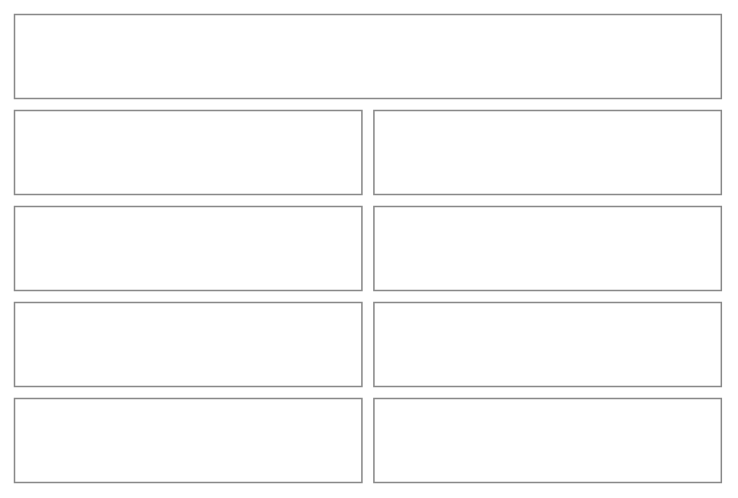
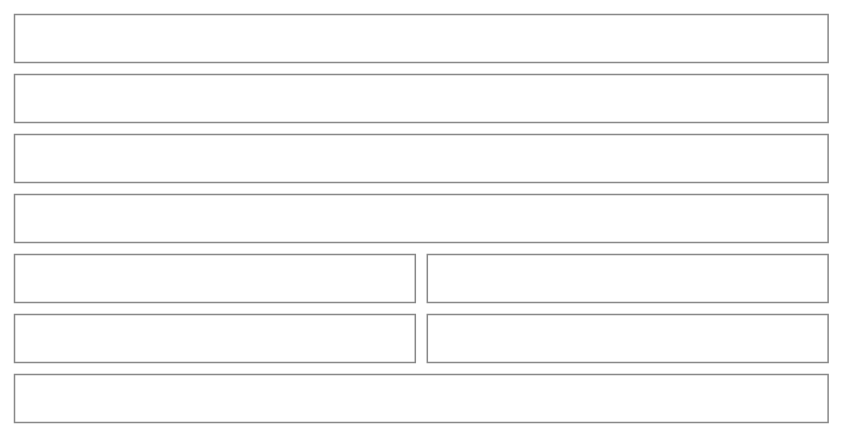
The sixth of 54 diagrams in src/apps/pinch/UX.md (NovaMoonX/moondreams-dev-apps), drawn with Mermaid before and after one commit. The commit also changed other lines of this file and 163 other files, not shown here.

````diff
--- a/src/apps/pinch/UX.md
+++ b/src/apps/pinch/UX.md
@@ -264,23 +261,23 @@
 ```mermaid
 %%{init: {'theme': 'base', 'themeVariables': {'primaryColor': 'transparent', 'primaryBorderColor': '#888888', 'primaryTextColor': '#333333', 'lineColor': '#888888'}}}%%
 block-beta
   columns 2
-  C1["‹   Oct 11 – 17   ›   Month [ Week ] Day   Today"]:2
-  C2["Cost this week<br/>$96.20 ⚠"]:1
-  C3["Avg per meal<br/>$5.10"]:1
-  C4["Sun 11"]:1
-  C5["—"]:1
-  C6["Tue 13 ●"]:1
-  C7["🍳 Oats · 🍝 Adobo chicken +1"]:1
-  C8["Wed 14"]:1
-  C9["🥪 Burrito bowl"]:1
+  C1["‹   Oct 15 – 21   ›   Month [ Week ]"]:2
+  C2["Next 7 days · 20 meals              $5.05 so far ⚠ ›"]:2
+  C3["Earlier, Oct 11–14 · 3 meals   ⌄"]:2
+  C4["( Today ) ›            +"]:2
+  C5["🍳 Banana · Breakfast"]:1
+  C6["No price yet"]:1
+  C7["🍝 Adobo chicken & 1 more · Dinner"]:1
+  C8["$0.15+"]:1
+  C9["Tomorrow ›             +"]:2
   style C1 fill:transparent,stroke:#888888,stroke-width:1px;
   style C2 fill:transparent,stroke:#888888,stroke-width:1px;
   style C3 fill:transparent,stroke:#888888,stroke-width:1px;
   style C4 fill:transparent,stroke:#888888,stroke-width:1px;
   style C5 fill:transparent,stroke:#888888,stroke-width:1px;
   style C6 fill:transparent,stroke:#888888,stroke-width:1px;
   style C7 fill:transparent,stroke:#888888,stroke-width:1px;
   style C8 fill:transparent,stroke:#888888,stroke-width:1px;
   style C9 fill:transparent,stroke:#888888,stroke-width:1px;
 ```
````
